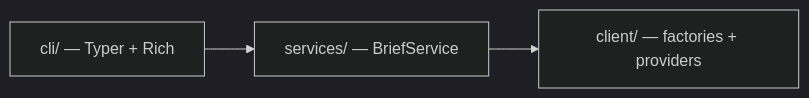
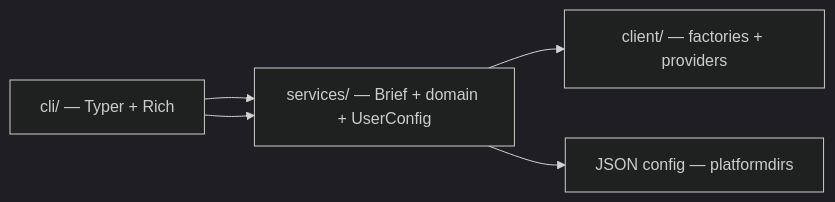
One commit to Kultrol/mydash changed the diagram in docs/ARCHITECTURE.md. Above: the diagram before and after it, drawn with Mermaid (dark theme). The commit also changed other lines of this file and 2 other files, not shown here.

First line of the commit message:
Document user config, set command, and Unreleased changelog notes.

````diff
--- a/docs/ARCHITECTURE.md
+++ b/docs/ARCHITECTURE.md
@@ -11,7 +11,10 @@
 ```mermaid
 flowchart LR
     CLI["cli/ — Typer + Rich"]
-    SVC["services/ — BriefService"]
+    SVC["services/ — Brief + domain + UserConfig"]
     DATA["client/ — factories + providers"]
+    CFG["JSON config — platformdirs"]
     CLI --> SVC --> DATA
+    CLI --> SVC
+    SVC --> CFG
 ```
````
